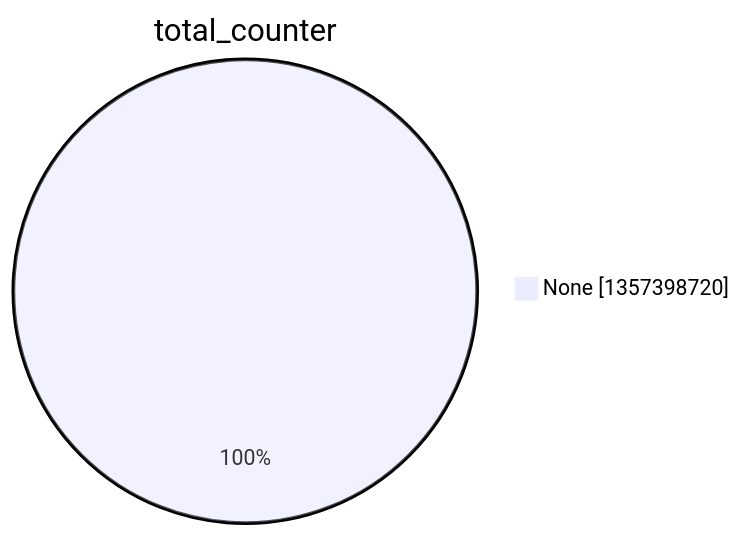
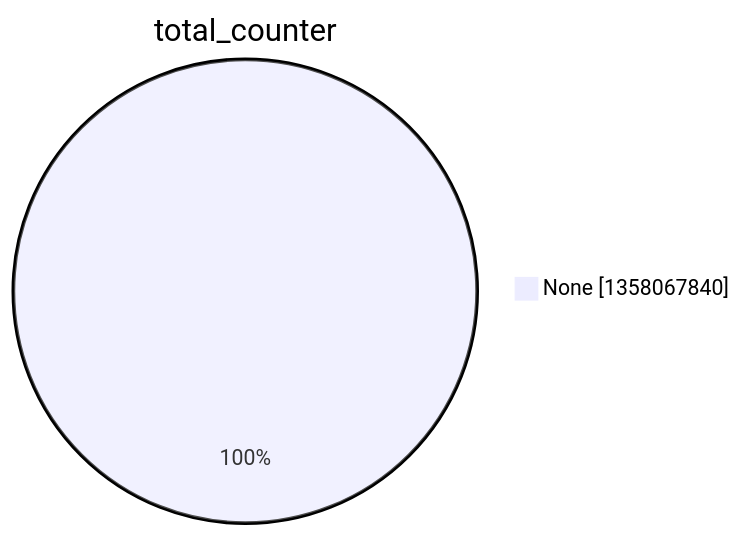
One commit to christiankrug/ctmonitor_visualization changed the second of 15 diagrams in argon2022/README.md. Above: the diagram before and after it, drawn with Mermaid. The commit also changed other lines of this file, not shown here.

````diff
--- a/argon2022/README.md
+++ b/argon2022/README.md
@@ -9,5 +9,5 @@
 ```mermaid
 pie showData
 title total_counter
-"None" :1357398720
+"None" :1358067840
 ```
````
